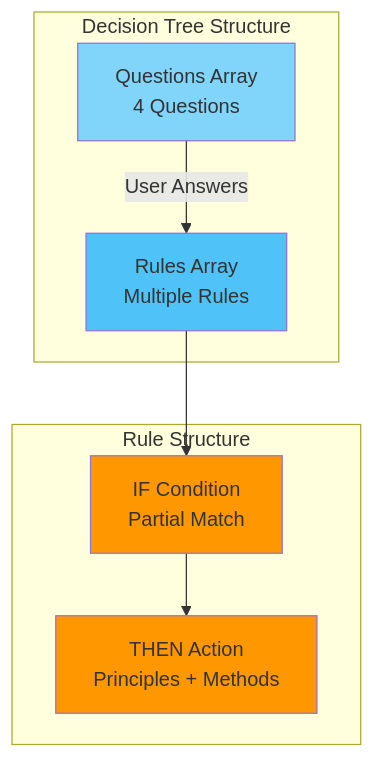
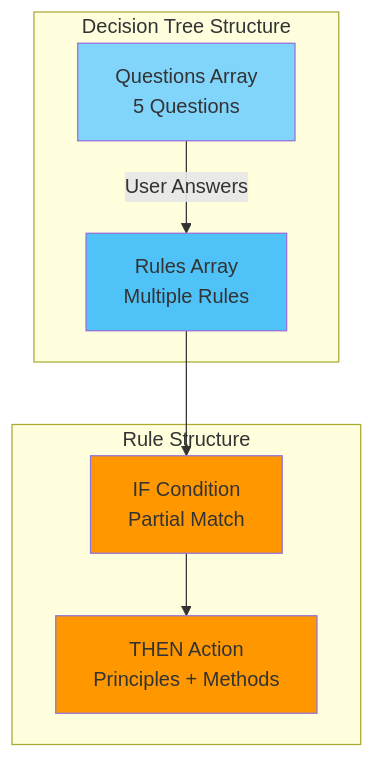
One commit to pfederi/pragmaticux changed the first of 7 diagrams in docs/decision-logic.md. Above: the diagram before and after it, drawn with Mermaid. The commit also changed other lines of this file and 8 other files, not shown here.

````diff
--- a/docs/decision-logic.md
+++ b/docs/decision-logic.md
@@ -31,21 +31,21 @@
 ```mermaid
 graph TB
     subgraph "Decision Tree Structure"
-        Questions[Questions Array<br/>4 Questions]
+        Questions[Questions Array<br/>5 Questions]
         Rules[Rules Array<br/>Multiple Rules]
     end
     
     subgraph "Rule Structure"
         Condition[IF Condition<br/>Partial Match]
         Action[THEN Action<br/>Principles + Methods]
     end
     
     Questions -->|User Answers| Rules
     Rules --> Condition
     Condition --> Action
     
     style Questions fill:#81d4fa
     style Rules fill:#4fc3f7
     style Condition fill:#ff9800
     style Action fill:#ff9800
 ```
````
